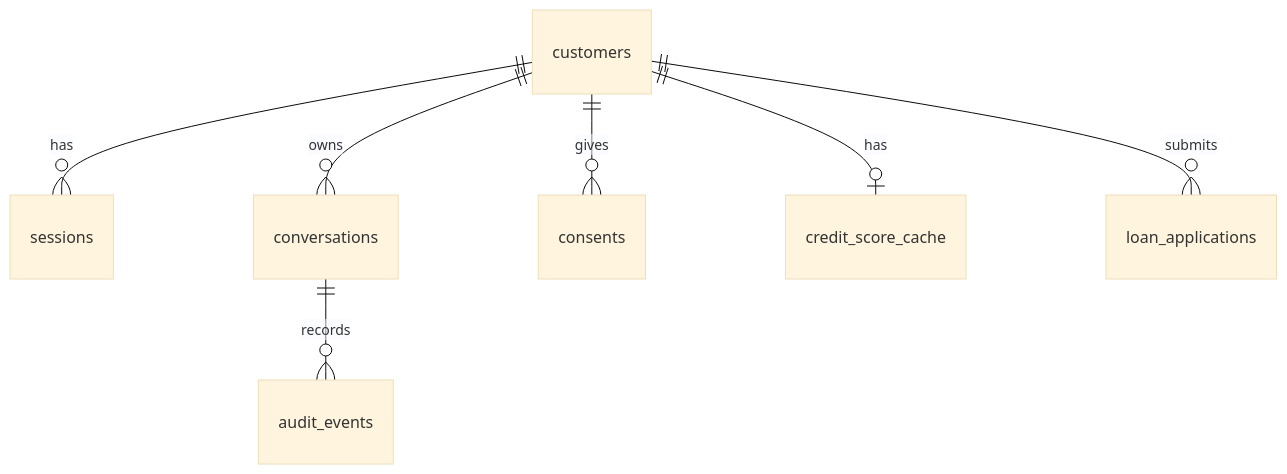
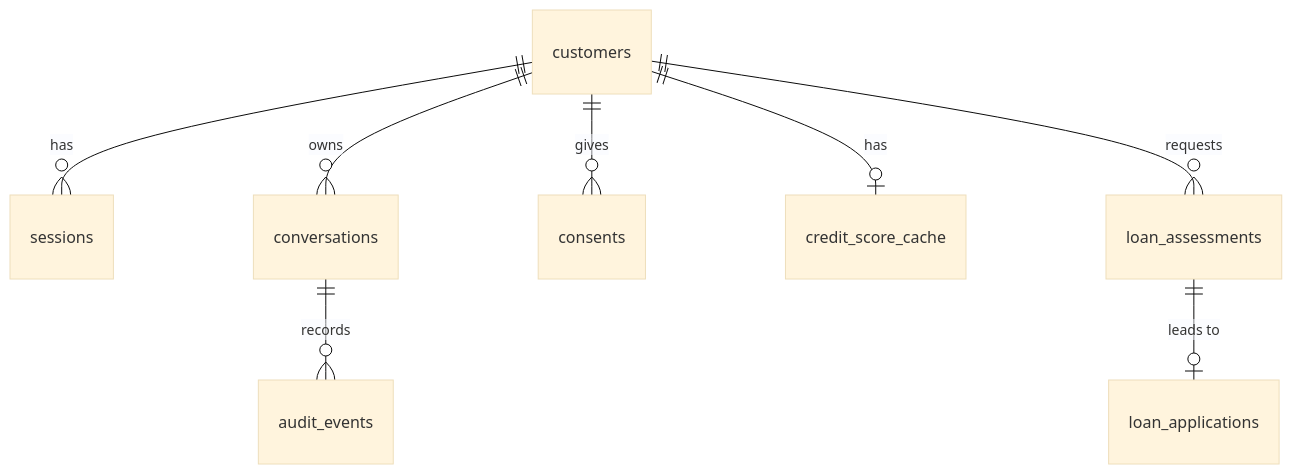
The fourth of 4 diagrams in docs/ARCHITECTURE.md (samitha9125/Kaya-Interview), drawn with Mermaid (base theme) before and after one commit. The commit also changed other lines of this file, not shown here.

First line of the commit message:
docs: make architecture guarantees precise after spec review

````diff
--- a/docs/ARCHITECTURE.md
+++ b/docs/ARCHITECTURE.md
@@ -135,9 +143,10 @@
 ```mermaid
 erDiagram
   customers ||--o{ sessions : has
   customers ||--o{ conversations : owns
   customers ||--o{ consents : gives
   customers ||--o| credit_score_cache : has
-  customers ||--o{ loan_applications : submits
+  customers ||--o{ loan_assessments : requests
+  loan_assessments ||--o| loan_applications : "leads to"
   conversations ||--o{ audit_events : records
 ```
````
